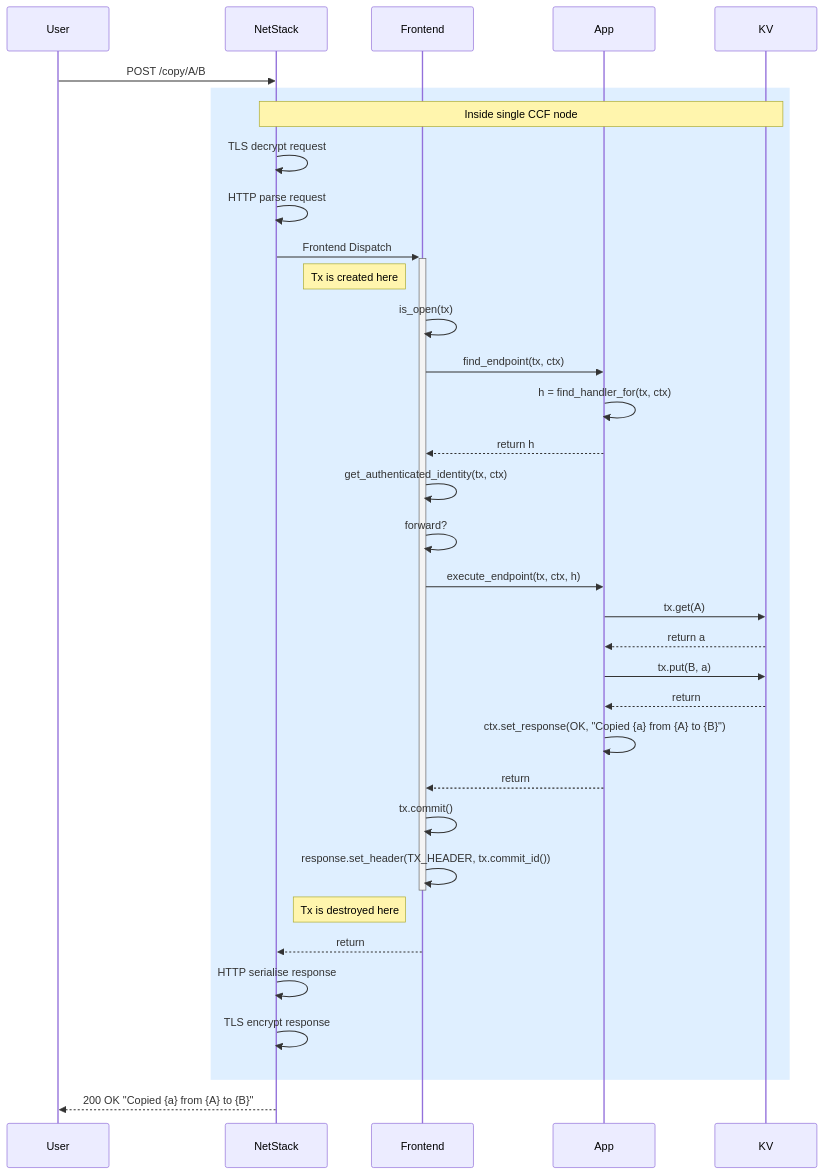
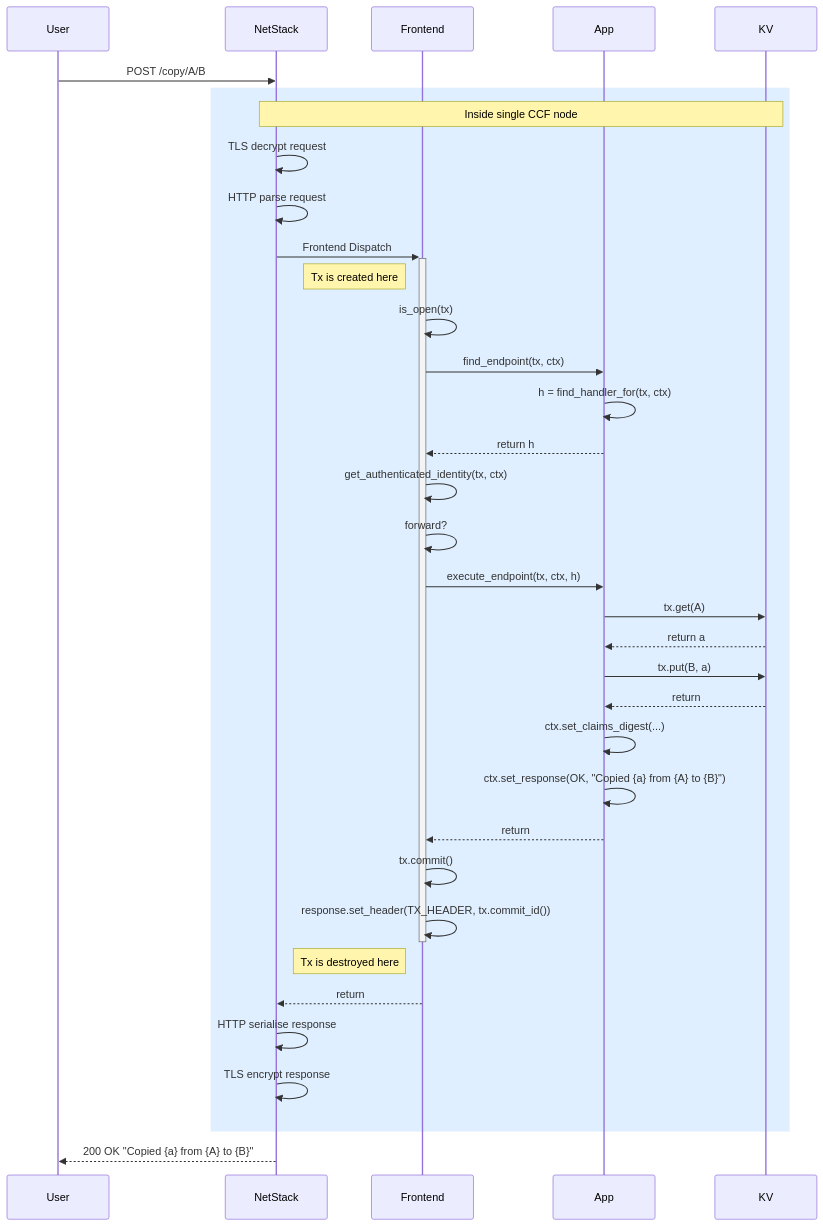
One commit to microsoft/CCF changed the first of 3 diagrams in doc/architecture/request_flow.rst. Above: the diagram before and after it, drawn with Mermaid.

```diff
--- a/doc/architecture/request_flow.rst
+++ b/doc/architecture/request_flow.rst
@@ -15,39 +15,40 @@
 .. mermaid::
 
   sequenceDiagram
       participant User
       participant NetStack
       participant Frontend
       participant App
       participant KV
 
       User->>NetStack: POST /copy/A/B
 
       rect rgba(191, 223, 255, 0.5)
       note over NetStack,KV: Inside single CCF node
       NetStack->>NetStack: TLS decrypt request
       NetStack->>NetStack: HTTP parse request
       NetStack->>+Frontend: Frontend Dispatch
       note left of Frontend: Tx is created here
       Frontend->>Frontend: is_open(tx)
       Frontend->>App: find_endpoint(tx, ctx)
       App->>App: h = find_handler_for(tx, ctx)
       App-->>Frontend: return h
       Frontend->>Frontend: get_authenticated_identity(tx, ctx)
       Frontend->>Frontend: forward?
       Frontend->>App: execute_endpoint(tx, ctx, h)
       App->>KV: tx.get(A)
       KV-->>App: return a
       App->>KV: tx.put(B, a)
       KV-->>App: return
+      App->>App: ctx.set_claims_digest(...)
       App->>App: ctx.set_response(OK, "Copied {a} from {A} to {B}")
       App-->>Frontend: return
       Frontend->>Frontend: tx.commit()
       Frontend->>-Frontend: response.set_header(TX_HEADER, tx.commit_id())
       note left of Frontend: Tx is destroyed here
       Frontend-->>NetStack: return
       NetStack->>NetStack: HTTP serialise response
       NetStack->>NetStack: TLS encrypt response
       end
 
       NetStack-->>User: 200 OK "Copied {a} from {A} to {B}"
```
